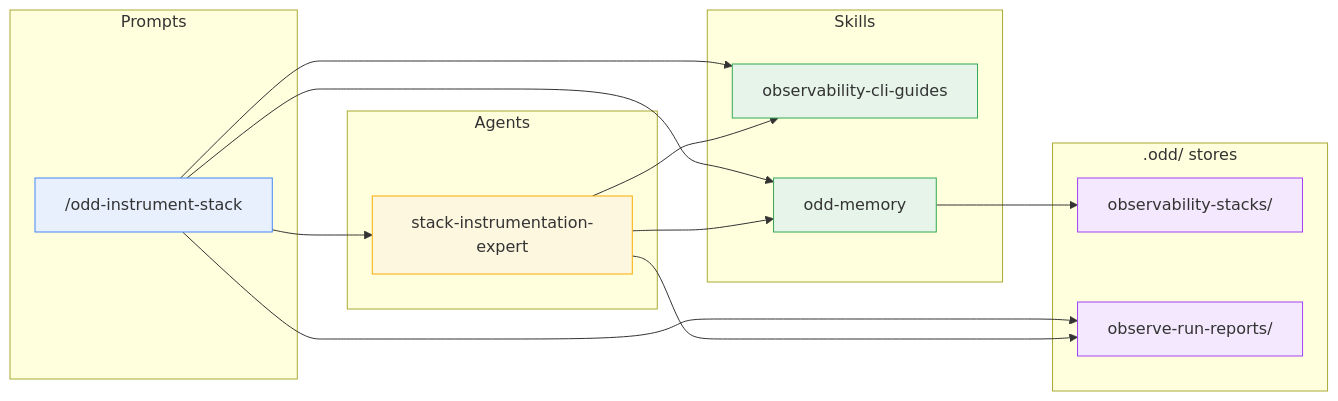
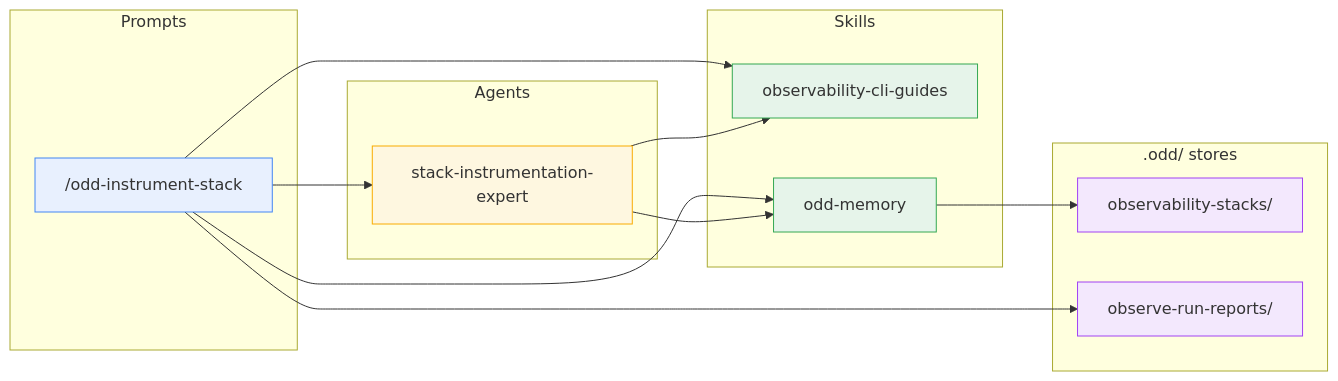
One commit to using-system/oddyssey changed the sixth of 8 diagrams in docs/guide/plugin.md. Above: the diagram before and after it, drawn with Mermaid. The commit also changed other lines of this file and 24 other files, not shown here.

````diff
--- a/docs/guide/plugin.md
+++ b/docs/guide/plugin.md
@@ -383,41 +383,40 @@
 ```mermaid
 flowchart LR
   subgraph Prompts
     stackp["/odd-instrument-stack"]
   end
 
   subgraph Agents
     sx[stack-instrumentation-expert]
   end
 
   subgraph Skills
     ocg[observability-cli-guides]
     mem[odd-memory]
   end
 
   subgraph Stores[".odd/ stores"]
     stackdir[observability-stacks/]
     obsdir[observe-run-reports/]
   end
 
   stackp --> sx
   stackp --> ocg
   stackp --> mem
   stackp --> obsdir
 
   sx --> ocg
   sx --> mem
-  sx --> obsdir
 
   mem --> stackdir
 
 
   classDef prompt fill:#e8f0fe,stroke:#4285f4
   classDef agent fill:#fef7e0,stroke:#f9ab00
   classDef skill fill:#e6f4ea,stroke:#34a853
   classDef store fill:#f3e8fd,stroke:#a142f4
   class stackp prompt
   class sx agent
   class ocg,mem skill
   class stackdir,obsdir store
 ```
````
